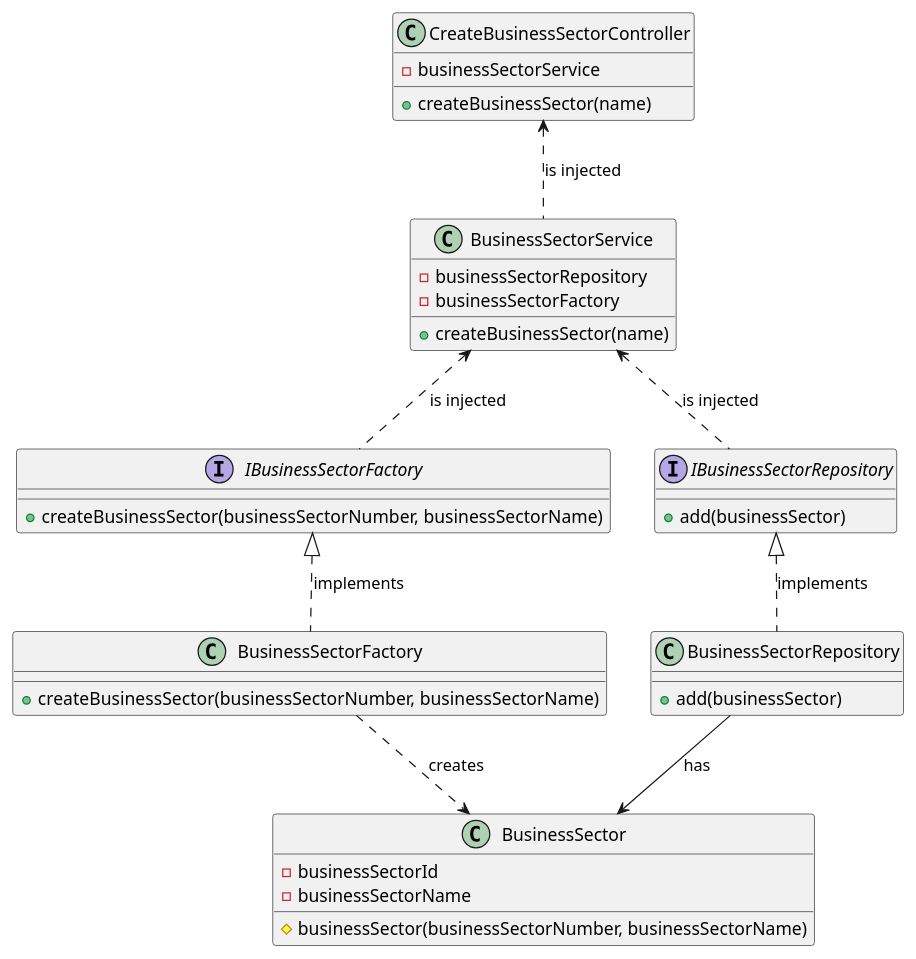
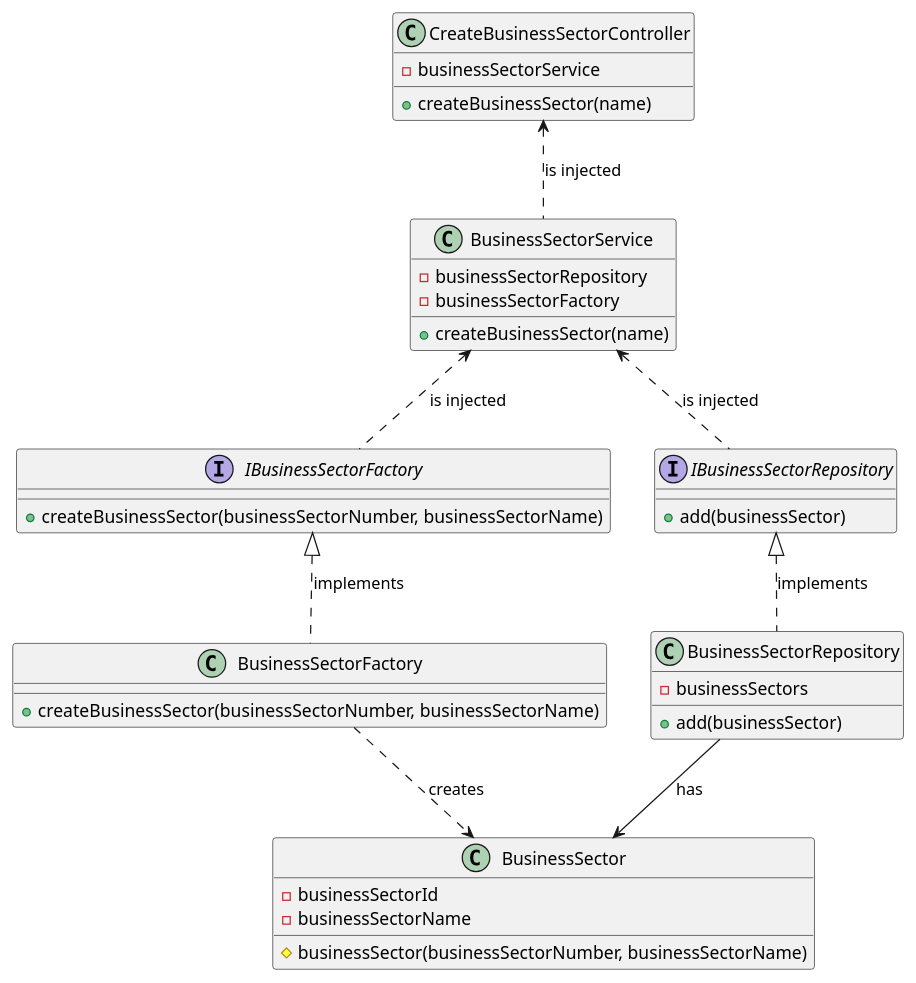
One commit to Loracline/project_switch_22-23 changed the diagram in docs/modelling_design/user_stories/sprint02/us008/US008_classDiagram_ddd.puml. Above: the diagram before and after it, drawn with PlantUML.

Commit message:
US008: Design: Added 'businessSectors' attribute to BusinessSectorRepository class in class diagram, addresses #348

```diff
--- a/docs/modelling_design/user_stories/sprint02/us008/US008_classDiagram_ddd.puml
+++ b/docs/modelling_design/user_stories/sprint02/us008/US008_classDiagram_ddd.puml
@@ -1,53 +1,54 @@
 @startuml
 
 class CreateBusinessSectorController
 class BusinessSectorService
 interface IBusinessSectorFactory
 class BusinessSectorFactory
 interface IBusinessSectorRepository
 class BusinessSectorRepository
 class BusinessSector
 
 class CreateBusinessSectorController {
 - businessSectorService
 + createBusinessSector(name)
 }
 
 class BusinessSectorService{
 - businessSectorRepository
 - businessSectorFactory
 + createBusinessSector(name)
 }
 
 interface IBusinessSectorFactory{
 + createBusinessSector(businessSectorNumber, businessSectorName)
 }
 
 class BusinessSectorFactory{
 + createBusinessSector(businessSectorNumber, businessSectorName)
 }
 
 interface IBusinessSectorRepository{
 + add(businessSector)
 }
 
 class BusinessSectorRepository{
+- businessSectors
 + add(businessSector)
 }
 
 class BusinessSector{
 - businessSectorId
 - businessSectorName
 # businessSector(businessSectorNumber, businessSectorName)
 }
 
 CreateBusinessSectorController <.. BusinessSectorService: is injected
 BusinessSectorService <.. IBusinessSectorRepository: is injected
 BusinessSectorService <.. IBusinessSectorFactory: is injected
 IBusinessSectorFactory <|.. BusinessSectorFactory: implements
 BusinessSectorFactory ..> BusinessSector: creates
 IBusinessSectorRepository <|.. BusinessSectorRepository: implements
 BusinessSectorRepository --> BusinessSector: has
 
 
 @enduml
```
